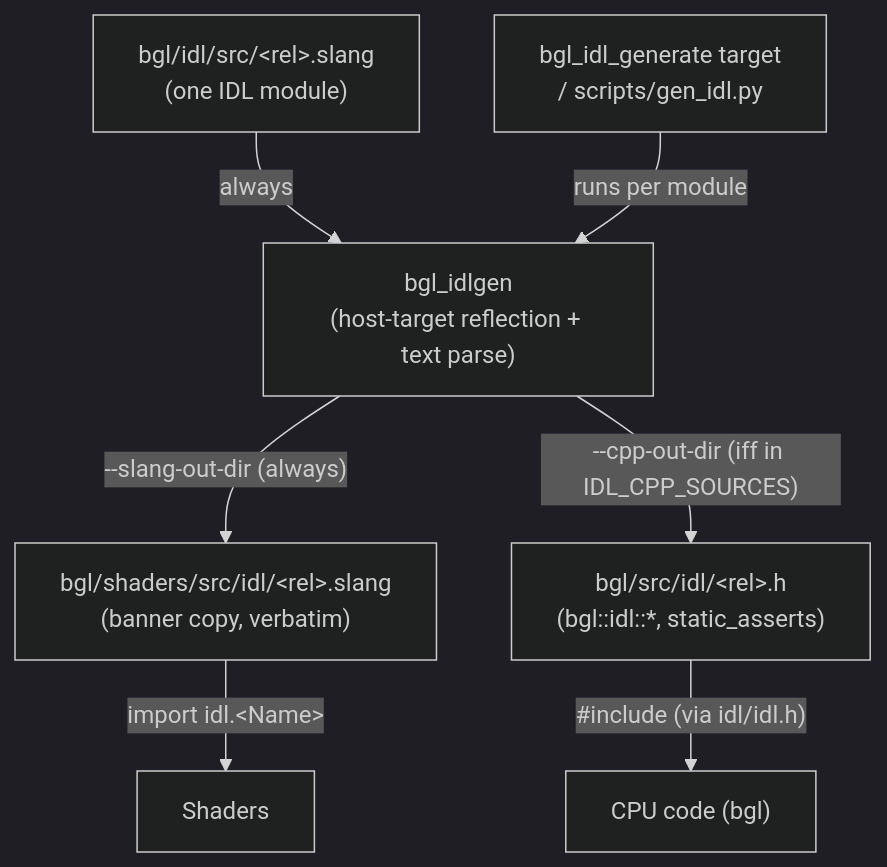
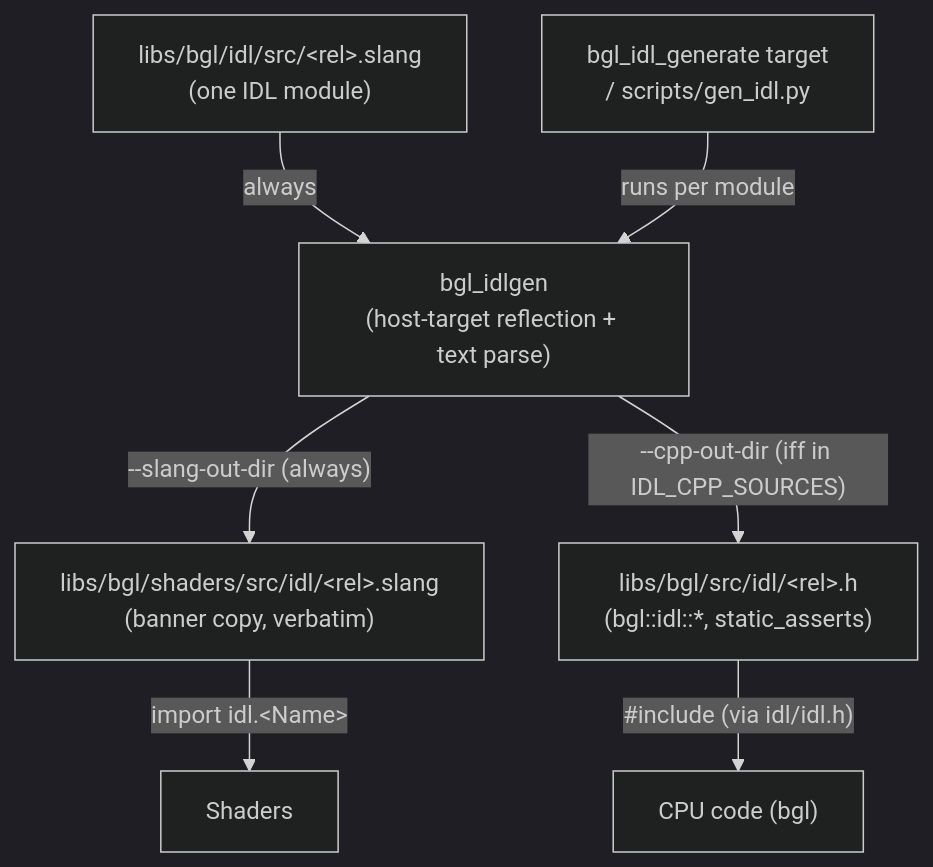
One commit to alexjiang200407/bernini changed the diagram in docs/idlgen.md. Above: the diagram before and after it, drawn with Mermaid (dark theme). The commit also changed other lines of this file and 323 other files, not shown here.

````diff
--- a/docs/idlgen.md
+++ b/docs/idlgen.md
@@ -92,16 +92,16 @@
 ```mermaid
 flowchart TD
-    IDL["bgl/idl/src/&lt;rel&gt;.slang<br/>(one IDL module)"]
+    IDL["libs/bgl/idl/src/&lt;rel&gt;.slang<br/>(one IDL module)"]
     TOOL["bgl_idlgen<br/>(host-target reflection + text parse)"]
-    SLANG["bgl/shaders/src/idl/&lt;rel&gt;.slang<br/>(banner copy, verbatim)"]
-    CPP["bgl/src/idl/&lt;rel&gt;.h<br/>(bgl::idl::*, static_asserts)"]
+    SLANG["libs/bgl/shaders/src/idl/&lt;rel&gt;.slang<br/>(banner copy, verbatim)"]
+    CPP["libs/bgl/src/idl/&lt;rel&gt;.h<br/>(bgl::idl::*, static_asserts)"]
     SH["Shaders"]
     CX["CPU code (bgl)"]
 
     IDL -- "always" --> TOOL
     TOOL -- "--slang-out-dir (always)" --> SLANG
     TOOL -- "--cpp-out-dir (iff in IDL_CPP_SOURCES)" --> CPP
     SLANG -- "import idl.&lt;Name&gt;" --> SH
     CPP -- "#include (via idl/idl.h)" --> CX
     CMAKE["bgl_idl_generate target<br/>/ scripts/gen_idl.py"] -- "runs per module" --> TOOL
 ```
````
